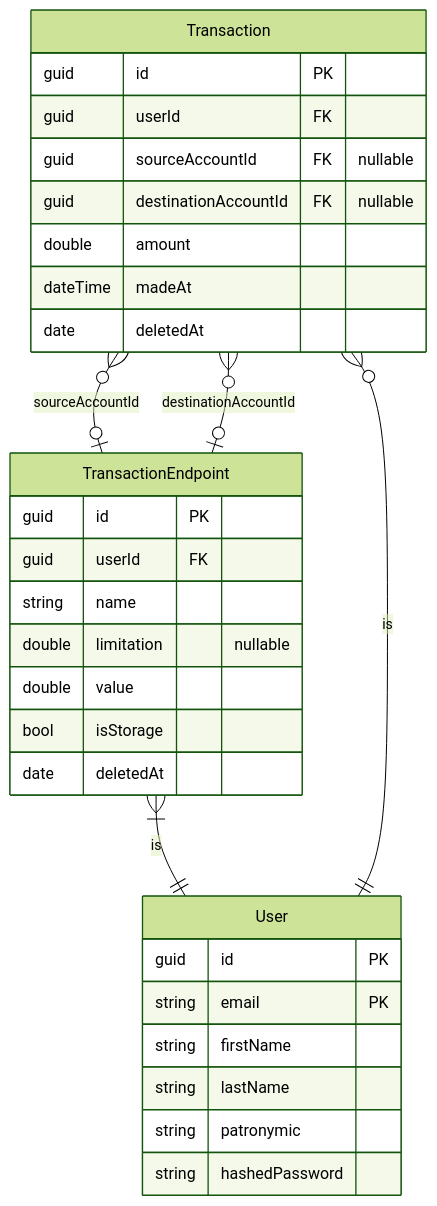
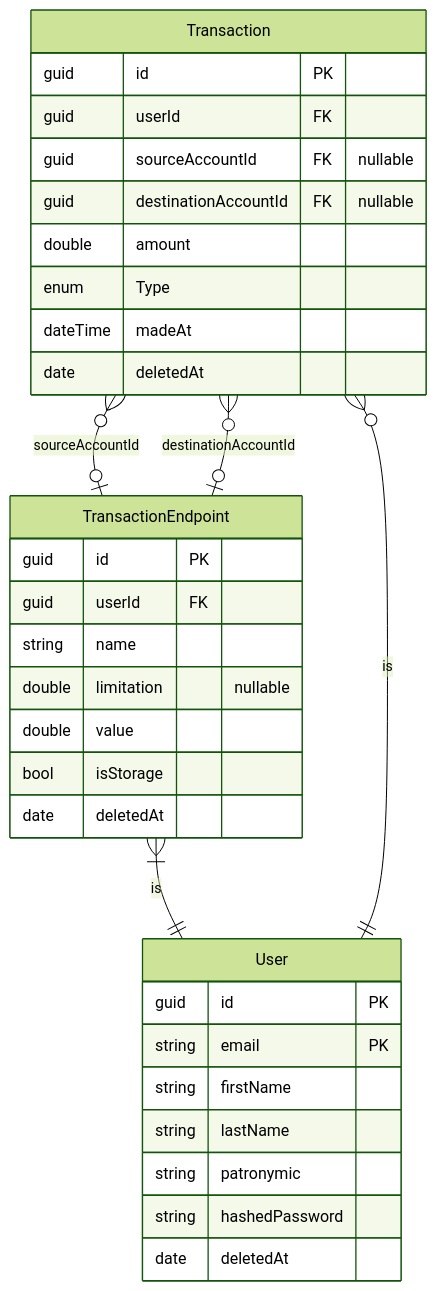
The diagram in README.md (Pipotka/SmartWallet), drawn with Mermaid (forest theme) before and after one commit.

Commit message:
Добавил атрибут deletedAt для таблицы User в ERD

````diff
--- a/README.md
+++ b/README.md
@@ -8,35 +8,37 @@
 ```mermaid
 erDiagram
     TransactionEndpoint }|--|| User : is
     TransactionEndpoint {
         guid id PK
         guid userId FK
         string name
         double limitation "nullable"
         double value
         bool isStorage
         date deletedAt
     }
 
     Transaction }o--|| User : is
     Transaction }o--o| TransactionEndpoint : sourceAccountId
     Transaction }o--o| TransactionEndpoint : destinationAccountId
     Transaction {
         guid id PK
         guid userId FK
         guid sourceAccountId FK "nullable"
         guid destinationAccountId FK "nullable"
         double amount
+        enum Type
         dateTime madeAt
         date deletedAt
     }
 
     User {
         guid id PK
         string email PK
         string firstName
         string lastName
         string patronymic
         string hashedPassword
+        date deletedAt
     }
 ```
````
